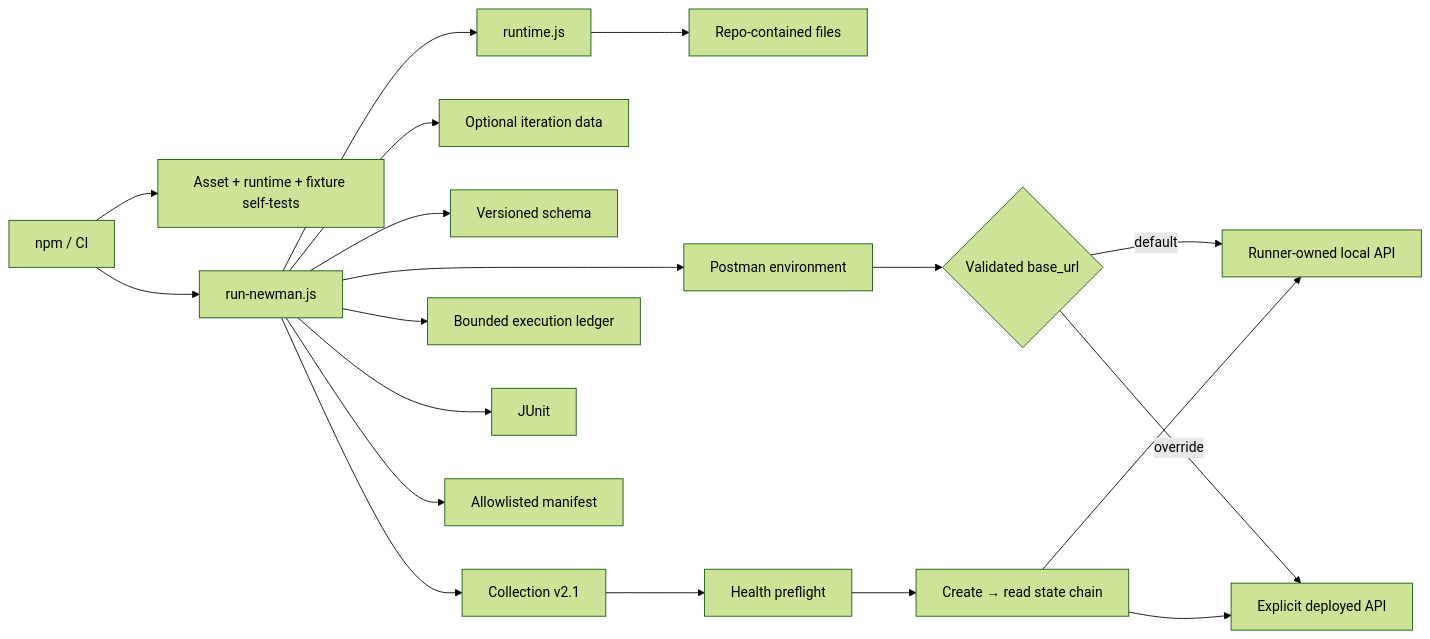
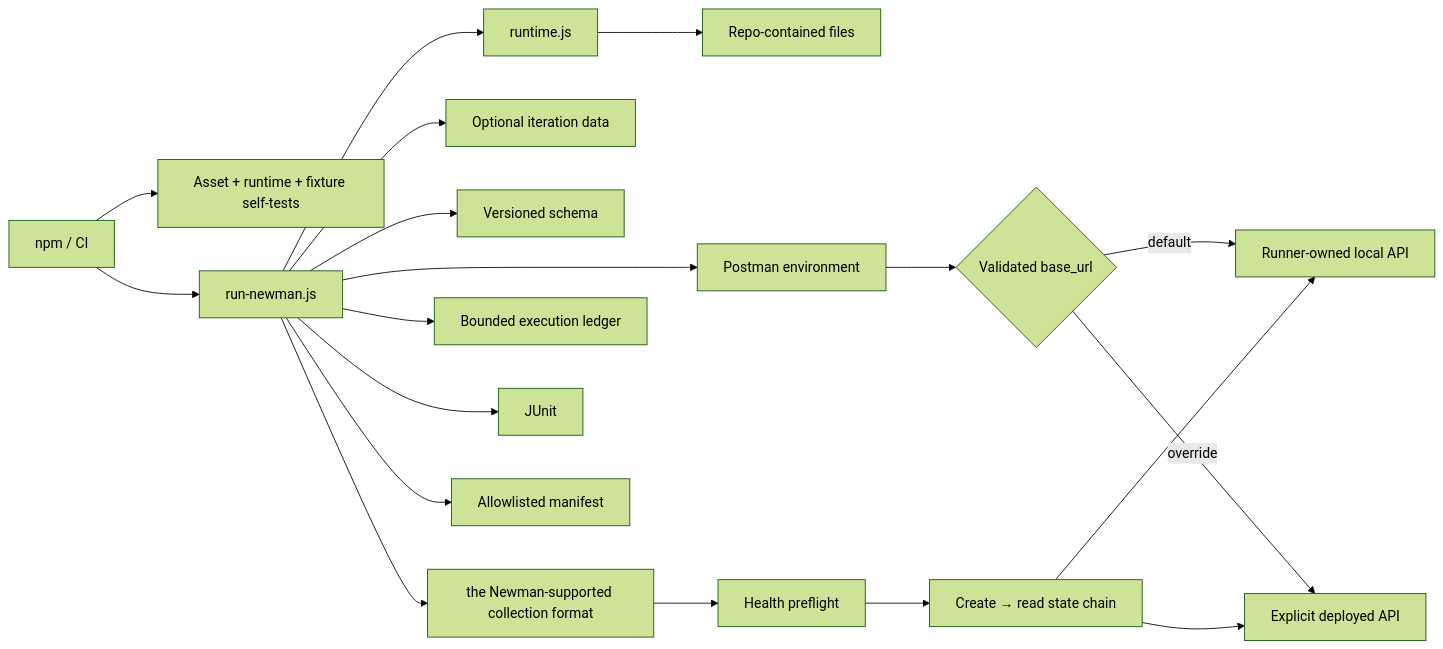
One commit to portyu9/qa-automation-api-postman-newman changed the diagram in docs/ARCHITECTURE.md. Above: the diagram before and after it, drawn with Mermaid (forest theme). The commit also changed other lines of this file and 4 other files, not shown here.

````diff
--- a/docs/ARCHITECTURE.md
+++ b/docs/ARCHITECTURE.md
@@ -7,21 +7,21 @@
 ```mermaid
 flowchart LR
     CLI[npm / CI] --> VALIDATE[Asset + runtime + fixture self-tests]
     CLI --> RUN[run-newman.js]
     RUN --> RT[runtime.js]
     RT --> FILES[Repo-contained files]
     RUN --> ENV[Postman environment]
     RUN --> DATA[Optional iteration data]
     RUN --> SCHEMA[Versioned schema]
-    RUN --> COL[Collection v2.1]
+    RUN --> COL[the Newman-supported collection format]
     ENV --> TARGET{Validated base_url}
     TARGET -->|default| LOCAL[Runner-owned local API]
     TARGET -->|override| EXTERNAL[Explicit deployed API]
     COL --> PREFLIGHT[Health preflight]
     PREFLIGHT --> STATE[Create → read state chain]
     STATE --> LOCAL
     STATE --> EXTERNAL
     RUN --> LEDGER[Bounded execution ledger]
     RUN --> J[JUnit]
     RUN --> M[Allowlisted manifest]
 ```
````
